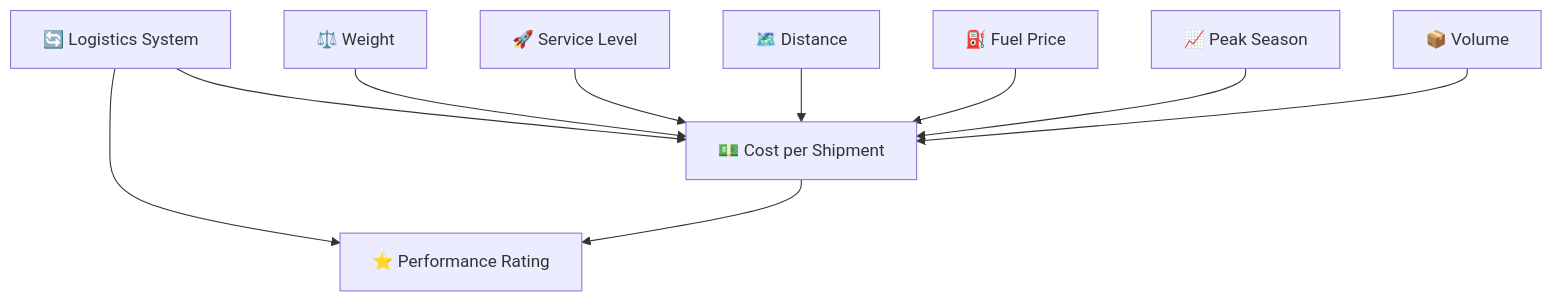
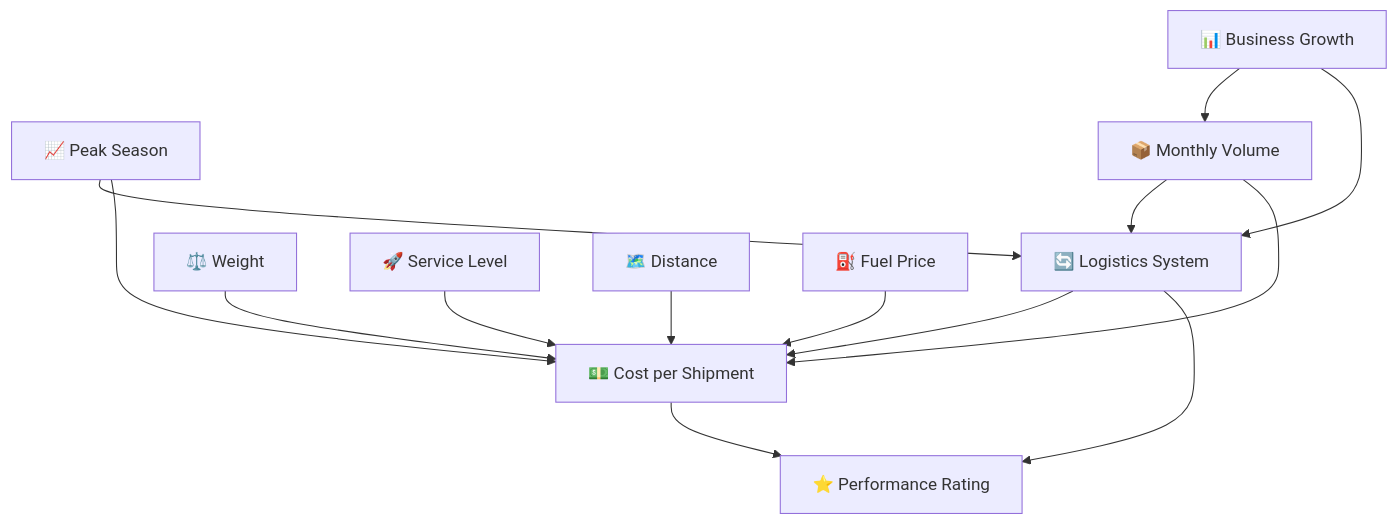
One commit to nihemelandu/causal-supply-impact-analysis changed the first of 2 diagrams in docs/causal_assumptions.md. Above: the diagram before and after it, drawn with Mermaid.

````diff
--- a/docs/causal_assumptions.md
+++ b/docs/causal_assumptions.md
@@ -1,29 +1,40 @@
 ```mermaid
 graph TD
     Treatment[🔄 Logistics System]
     Cost[💵 Cost per Shipment]
-
-    %% Confounders
+    
+    %% Key Confounders (affect BOTH treatment and outcome)
+    PeakSeason[📈 Peak Season]
+    MonthlyVolume[📦 Monthly Volume]
+    BusinessGrowth[📊 Business Growth]
+    
+    %% Direct Cost Confounders (affect only outcome)
     PackageWeight[⚖️ Weight]
-    ServiceLevel[🚀 Service Level]
+    ServiceLevel[🚀 Service Level]  
     Distance[🗺️ Distance]
     FuelPrice[⛽ Fuel Price]
-    PeakSeason[📈 Peak Season]
-    MonthlyVolume[📦 Volume]
-
-    %% Collider (avoid)
+    
+    %% Collider
     Performance[⭐ Performance Rating]
-
-    %% Arrows
-    Treatment --> Cost
+    
+    %% CONFOUNDING PATHS (must control for these)
+    BusinessGrowth --> MonthlyVolume
+    BusinessGrowth --> Treatment
+    MonthlyVolume --> Treatment
+    MonthlyVolume --> Cost
+    PeakSeason --> Treatment
+    PeakSeason --> Cost
+    
+    %% DIRECT EFFECTS ON COST (control for precision)
     PackageWeight --> Cost
     ServiceLevel --> Cost
     Distance --> Cost
     FuelPrice --> Cost
-    PeakSeason --> Cost
-    MonthlyVolume --> Cost
-
-    %% Collider Path
+    
+    %% CAUSAL EFFECT OF INTEREST
+    Treatment --> Cost
+    
+    %% COLLIDER (don't control)
     Treatment --> Performance
     Cost --> Performance
 ```
````
